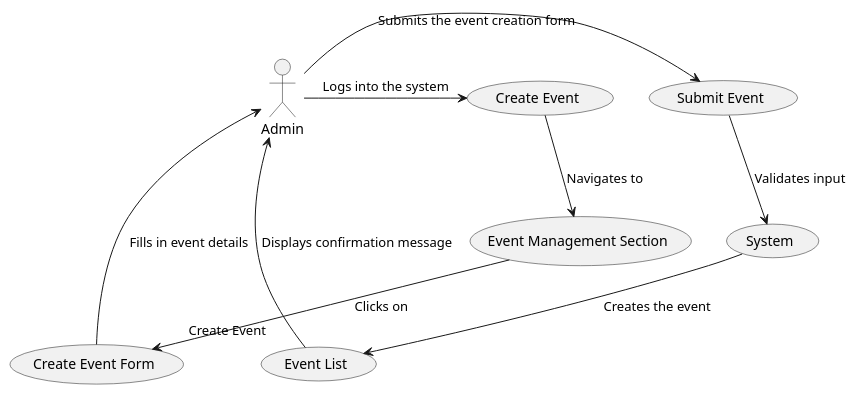
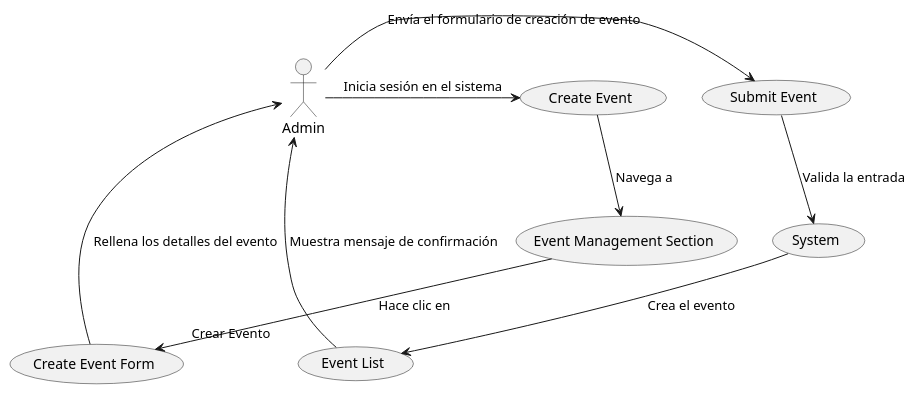
One commit to CleveritDemo/copilot-software-architecture-demo changed the first of 2 diagrams in README-ESP.md. Above: the diagram before and after it, drawn with PlantUML. The commit also changed other lines of this file, not shown here.

````diff
--- a/README-ESP.md
+++ b/README-ESP.md
@@ -498,15 +490,15 @@
 ```PlantUML
 @startuml
 actor Admin as A
 
-A -> (Create Event) : Logs into the system
-(Create Event) --> (Event Management Section) : Navigates to
-(Event Management Section) --> (Create Event Form) : Clicks on "Create Event"
-(Create Event Form) --> A : Fills in event details
-A -> (Submit Event) : Submits the event creation form
-(Submit Event) --> (System) : Validates input
-(System) --> (Event List) : Creates the event
-(Event List) --> A : Displays confirmation message
+A -> (Create Event) : Inicia sesión en el sistema
+(Create Event) --> (Event Management Section) : Navega a
+(Event Management Section) --> (Create Event Form) : Hace clic en "Crear Evento"
+(Create Event Form) --> A : Rellena los detalles del evento
+A -> (Submit Event) : Envía el formulario de creación de evento
+(Submit Event) --> (System) : Valida la entrada
+(System) --> (Event List) : Crea el evento
+(Event List) --> A : Muestra mensaje de confirmación
 
 @enduml
 ```
````
